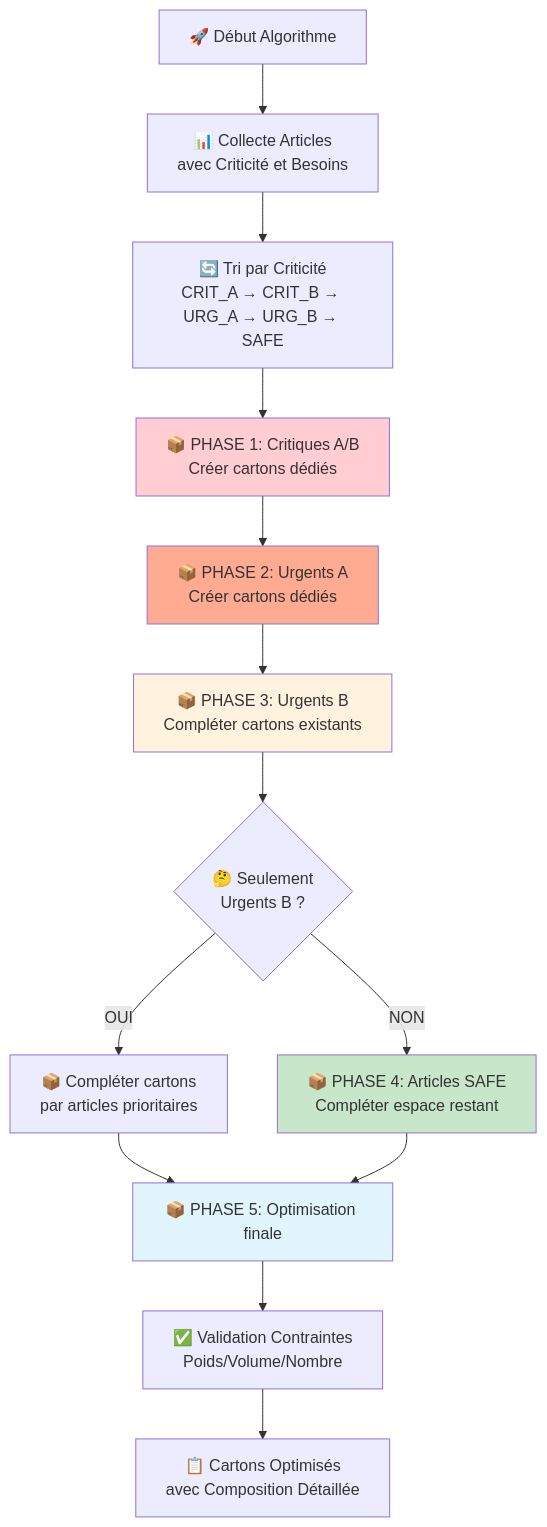
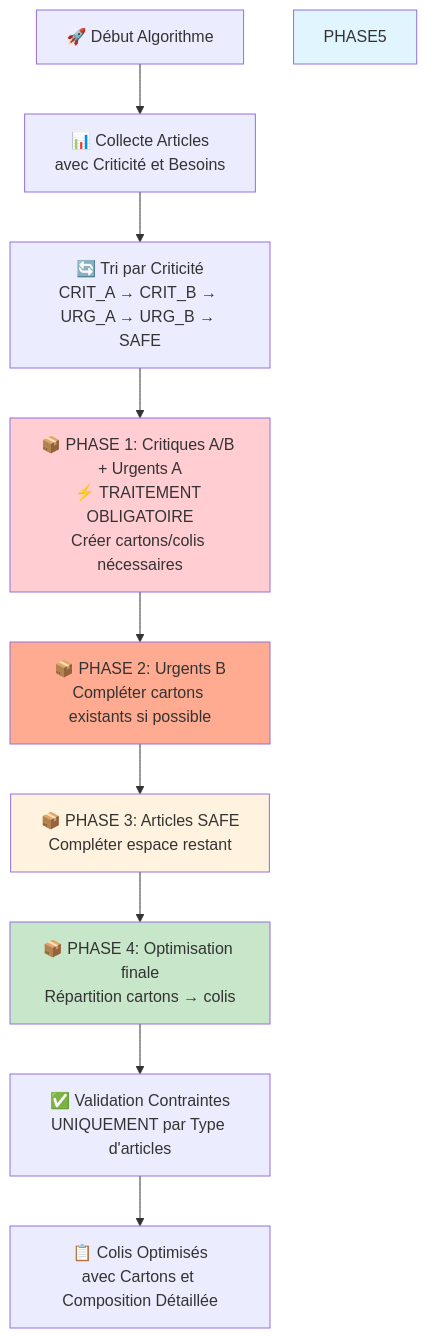
The third of 10 diagrams in algorithme_knapsack_modifie_criticite.md (Singularity-Institute/PTL-r-appro-), drawn with Mermaid before and after one commit. The commit also changed other lines of this file, not shown here.

````diff
--- a/algorithme_knapsack_modifie_criticite.md
+++ b/algorithme_knapsack_modifie_criticite.md
@@ -89,30 +97,24 @@
 ```mermaid
 flowchart TD
     START[🚀 Début Algorithme] --> COLLECT[📊 Collecte Articles<br/>avec Criticité et Besoins]
     
     COLLECT --> SORT_CRIT[🔄 Tri par Criticité<br/>CRIT_A → CRIT_B → URG_A → URG_B → SAFE]
+
+    SORT_CRIT --> PHASE1[📦 PHASE 1: Critiques A/B + Urgents A<br/>⚡ TRAITEMENT OBLIGATOIRE<br/>Créer cartons/colis nécessaires]
+
+    PHASE1 --> PHASE2[📦 PHASE 2: Urgents B<br/>Compléter cartons existants si possible]
+
+    PHASE2 --> PHASE3[📦 PHASE 3: Articles SAFE<br/>Compléter espace restant]
     
-    SORT_CRIT --> PHASE1[📦 PHASE 1: Critiques A/B<br/>Créer cartons dédiés]
-    
-    PHASE1 --> PHASE2[📦 PHASE 2: Urgents A<br/>Créer cartons dédiés]
-    
-    PHASE2 --> PHASE3[📦 PHASE 3: Urgents B<br/>Compléter cartons existants]
-    
-    PHASE3 --> CHECK_ONLY_URG_B{🤔 Seulement<br/>Urgents B ?}
-    
-    CHECK_ONLY_URG_B -->|OUI| COMPLETE_URG_B[📦 Compléter cartons<br/>par articles prioritaires]
-    CHECK_ONLY_URG_B -->|NON| PHASE4[📦 PHASE 4: Articles SAFE<br/>Compléter espace restant]
-    
-    COMPLETE_URG_B --> PHASE5[📦 PHASE 5: Optimisation finale]
-    PHASE4 --> PHASE5
-    
-    PHASE5 --> VALIDATE[✅ Validation Contraintes<br/>Poids/Volume/Nombre]
-    
-    VALIDATE --> OUTPUT[📋 Cartons Optimisés<br/>avec Composition Détaillée]
+    PHASE3 --> PHASE4[📦 PHASE 4: Optimisation finale<br/>Répartition cartons → colis]
+
+    PHASE4 --> VALIDATE[✅ Validation Contraintes<br/>UNIQUEMENT par Type d'articles]
+
+    VALIDATE --> OUTPUT[📋 Colis Optimisés<br/>avec Cartons et Composition Détaillée]
     
     style PHASE1 fill:#ffcdd2
     style PHASE2 fill:#ffab91
     style PHASE3 fill:#fff3e0
     style PHASE4 fill:#c8e6c9
     style PHASE5 fill:#e1f5fe
 ```
````
